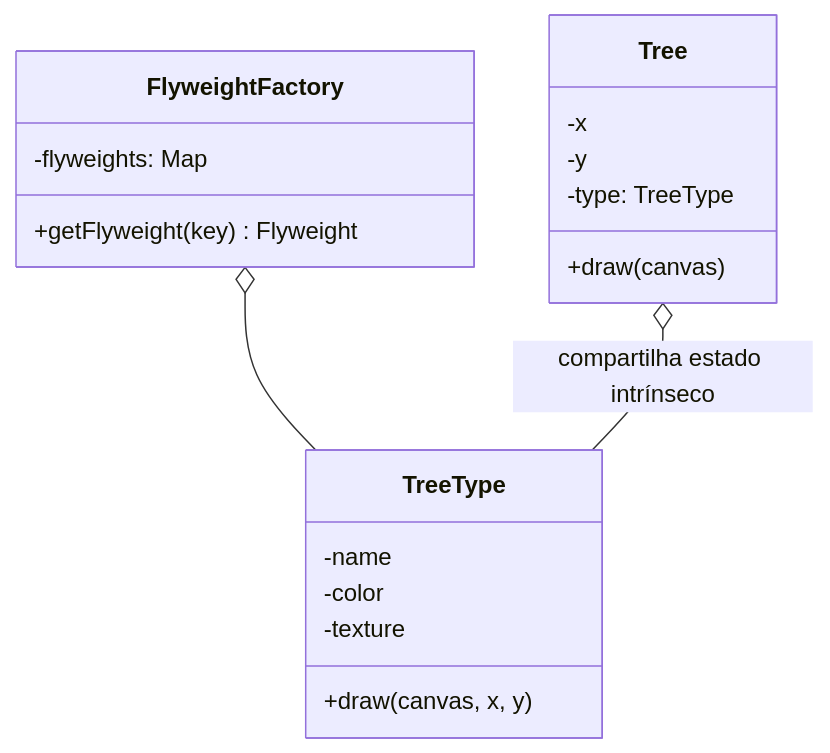
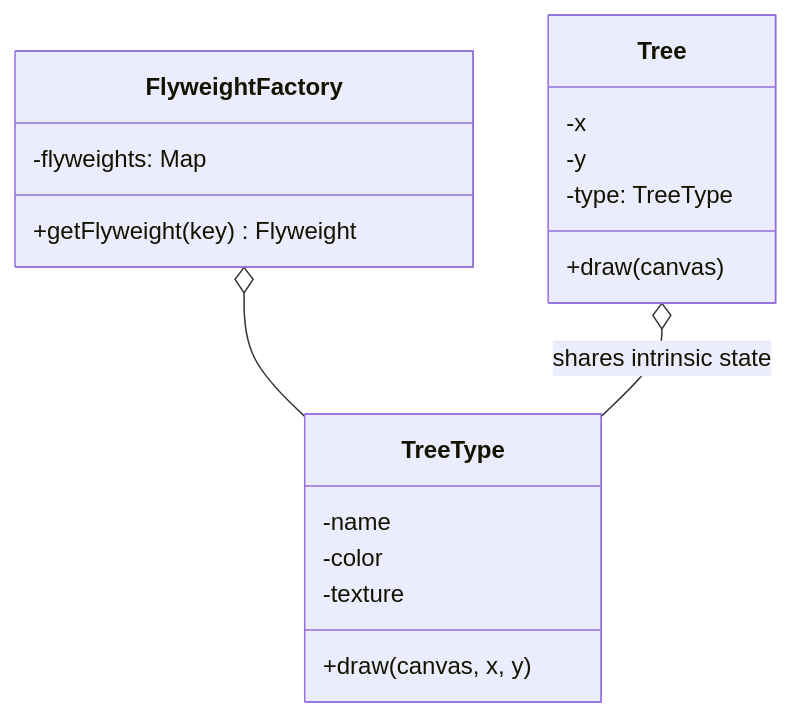
The sixth of 7 diagrams in knowledge/skills/engineering/patterns/dp-structural-patterns/SKILL.md (dandgabr/Coacus), drawn with Mermaid before and after one commit. The commit also changed other lines of this file and 143 other files, not shown here.

````diff
--- a/knowledge/skills/engineering/patterns/dp-structural-patterns/SKILL.md
+++ b/knowledge/skills/engineering/patterns/dp-structural-patterns/SKILL.md
@@ -158,21 +158,21 @@
 ```mermaid
 classDiagram
     class FlyweightFactory {
         -flyweights: Map
         +getFlyweight(key) Flyweight
     }
     class TreeType {
         -name
         -color
         -texture
         +draw(canvas, x, y)
     }
     class Tree {
         -x
         -y
         -type: TreeType
         +draw(canvas)
     }
     FlyweightFactory o-- TreeType
-    Tree o-- TreeType : compartilha estado intrínseco
+    Tree o-- TreeType : shares intrinsic state
 ```
````
